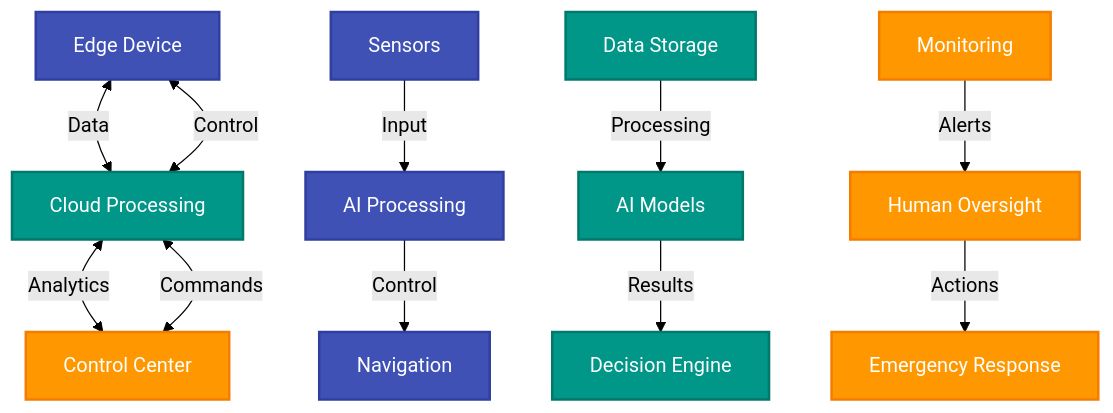
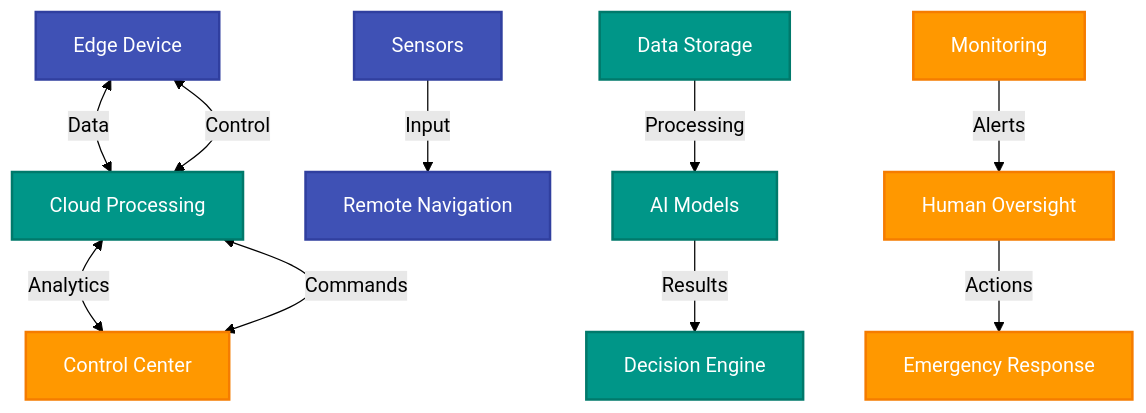
Before and after one commit to Inteli-College/2025-1A-T02-G54-PUBLICO: the eighth of 10 diagrams in Module_1_PR/Public_Report_Modulo2.md, drawn with Mermaid (forest theme). The commit also changed other lines of this file, not shown here.

Commit message:
Enhance Public_Report_Modulo2.md with updated executive summary, improved documentation, and refined diagrams. Key changes include a focus on remote-controlled rescue features, expanded MVP documentation, and a clearer presentation of risk matrix and business model elements.

````diff
--- a/Module_1_PR/Public_Report_Modulo2.md
+++ b/Module_1_PR/Public_Report_Modulo2.md
@@ -267,41 +268,34 @@
 ```mermaid
 graph TD
     classDef edge fill:#3F51B5,stroke:#303F9F,stroke-width:2px,color:white;
     classDef cloud fill:#009688,stroke:#00796B,stroke-width:2px,color:white;
     classDef control fill:#FF9800,stroke:#F57C00,stroke-width:2px,color:white;
     
-    %% Main Components
     Edge[Edge Device]:::edge
     Cloud[Cloud Processing]:::cloud
     Control[Control Center]:::control
     
-    %% Main Connections
     Edge <-->|Data| Cloud
     Cloud <-->|Control| Edge
     Cloud <-->|Analytics| Control
     Control <-->|Commands| Cloud
     
-    %% Edge Components
     Sensors[Sensors]:::edge
-    AI[AI Processing]:::edge
-    Nav[Navigation]:::edge
+    Nav[Remote Navigation]:::edge
     
-    Sensors -->|Input| AI
-    AI -->|Control| Nav
+    Sensors -->|Input| Nav
     
-    %% Cloud Components
     Storage[Data Storage]:::cloud
     Models[AI Models]:::cloud
     Engine[Decision Engine]:::cloud
     
     Storage -->|Processing| Models
     Models -->|Results| Engine
     
-    %% Control Components
     Monitor[Monitoring]:::control
     Oversight[Human Oversight]:::control
     Response[Emergency Response]:::control
     
     Monitor -->|Alerts| Oversight
     Oversight -->|Actions| Response
 ```
````
